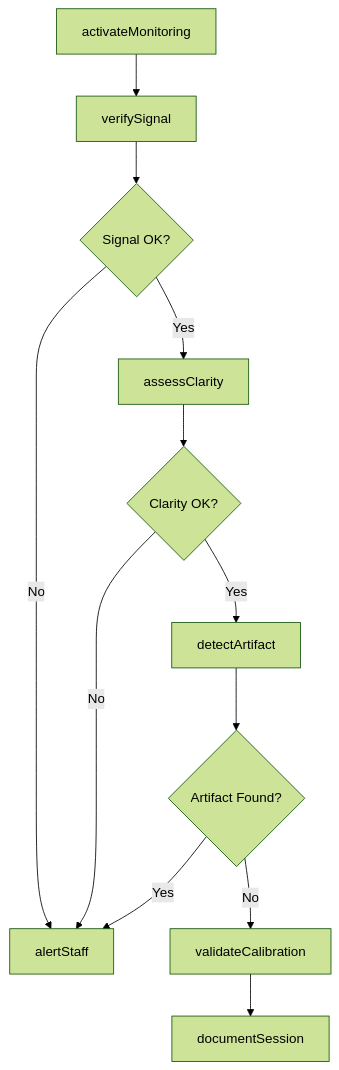
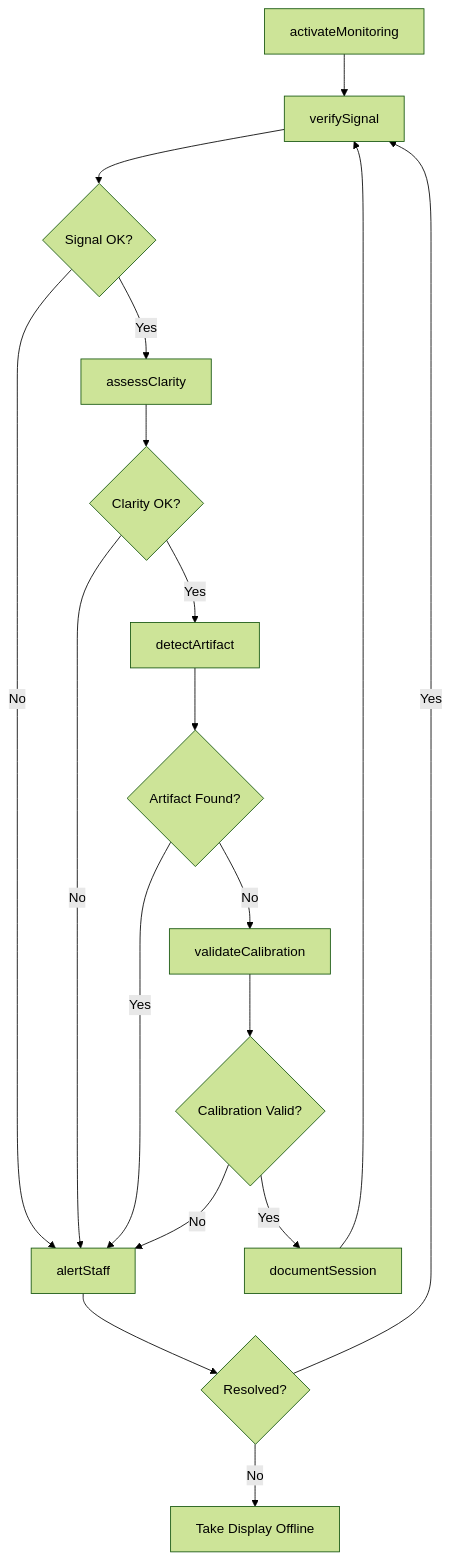
Before and after one commit to dot-org-ai/tasks.org.ai: the third of 4 diagrams in MonitoringProcessesMaterialsOrSurroundings/MonitorEquipmentOperation/MonitorVideoDisplaysMedicalEquipment.mdx, drawn with Mermaid (forest theme). The commit also changed other lines of this file and 504 other files, not shown here.

First line of the commit message:
feat: Add ER diagrams, state diagrams, and workflow improvements to 96 DWA task files

````diff
--- a/MonitoringProcessesMaterialsOrSurroundings/MonitorEquipmentOperation/MonitorVideoDisplaysMedicalEquipment.mdx
+++ b/MonitoringProcessesMaterialsOrSurroundings/MonitorEquipmentOperation/MonitorVideoDisplaysMedicalEquipment.mdx
@@ -87,14 +118,20 @@
 ```mermaid
 graph TD
     A[activateMonitoring] --> B[verifySignal]
     B --> C{Signal OK?}
     C -->|No| D[alertStaff]
     C -->|Yes| E[assessClarity]
     E --> F{Clarity OK?}
     F -->|No| D
     F -->|Yes| G[detectArtifact]
     G --> H{Artifact Found?}
     H -->|Yes| D
     H -->|No| I[validateCalibration]
-    I --> J[documentSession]
+    I --> J{Calibration Valid?}
+    J -->|Yes| K[documentSession]
+    J -->|No| D
+    D --> L{Resolved?}
+    L -->|Yes| B
+    L -->|No| M[Take Display Offline]
+    K --> B
 ```
````
